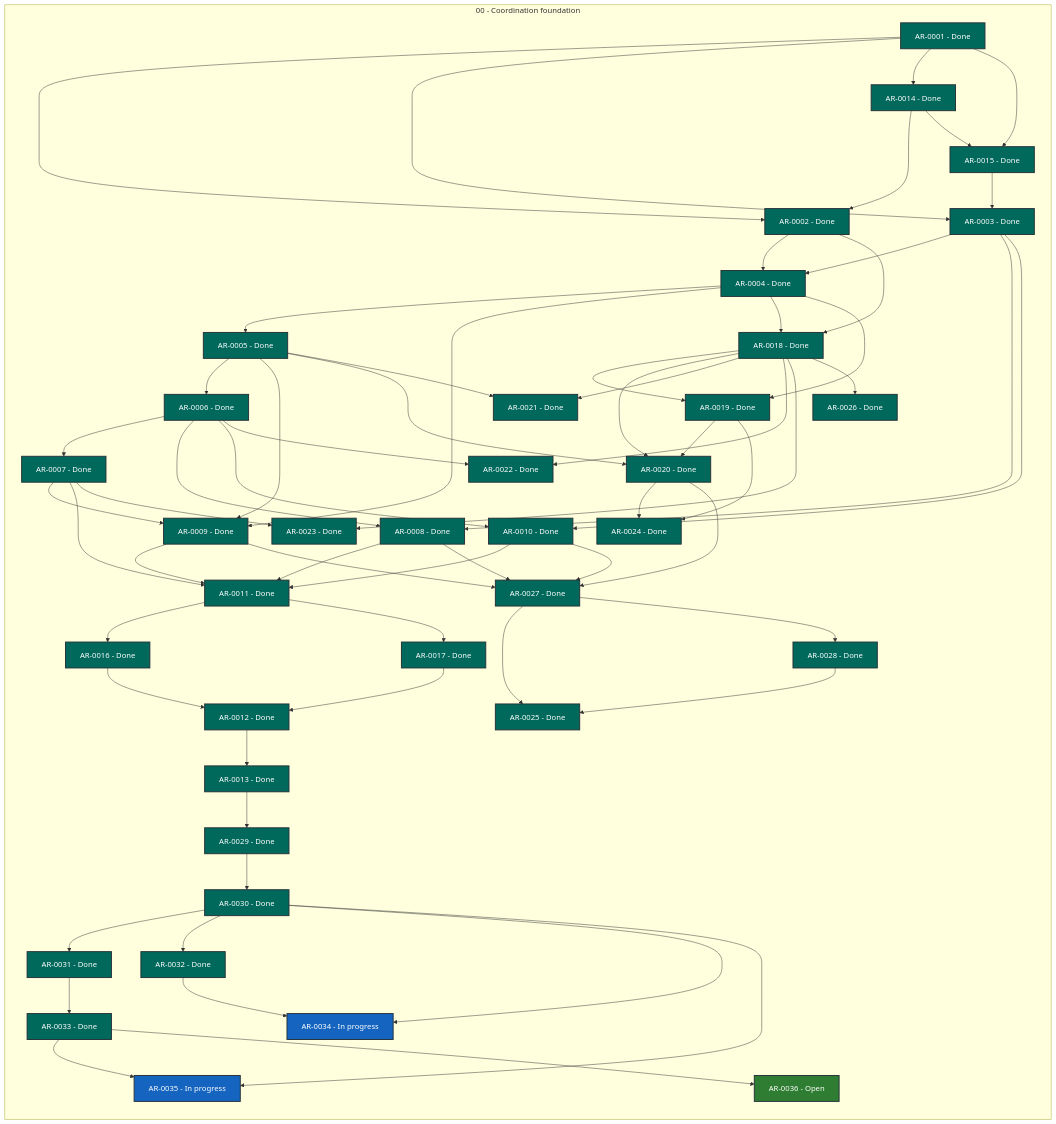
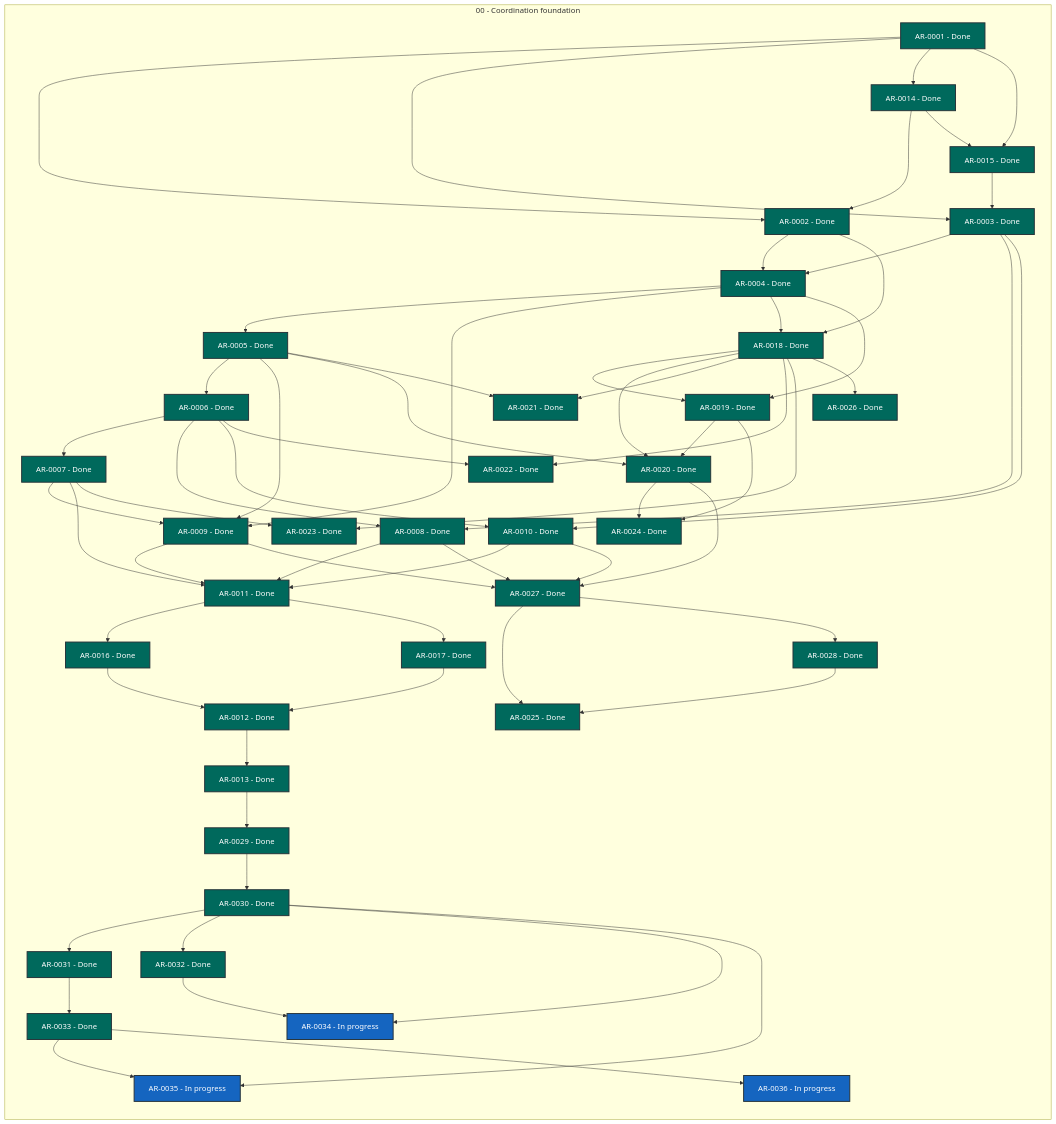
One commit to martin-beck/agent-workflow-tui-state changed the diagram in STATUS.md. Above: the diagram before and after it, drawn with Mermaid. The commit also changed other lines of this file and 2 other files, not shown here.

```diff
--- a/STATUS.md
+++ b/STATUS.md
@@ -63,7 +63,7 @@
         AR_0033["AR-0033 - Done"]:::status_done
         AR_0034["AR-0034 - In progress"]:::status_in_progress
         AR_0035["AR-0035 - In progress"]:::status_in_progress
-        AR_0036["AR-0036 - Open"]:::status_open
+        AR_0036["AR-0036 - In progress"]:::status_in_progress
     end
     AR_0001 --> AR_0002
     AR_0001 --> AR_0003
```
